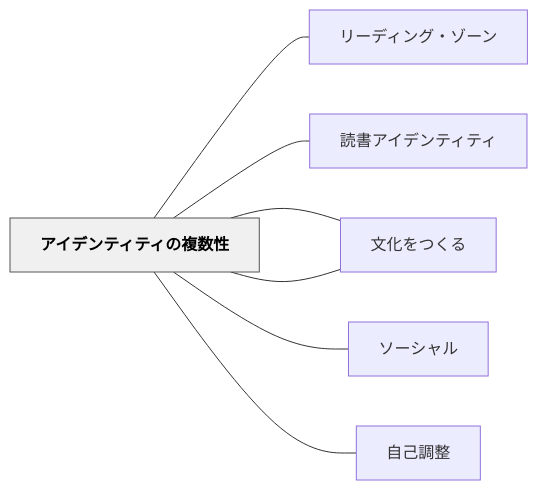
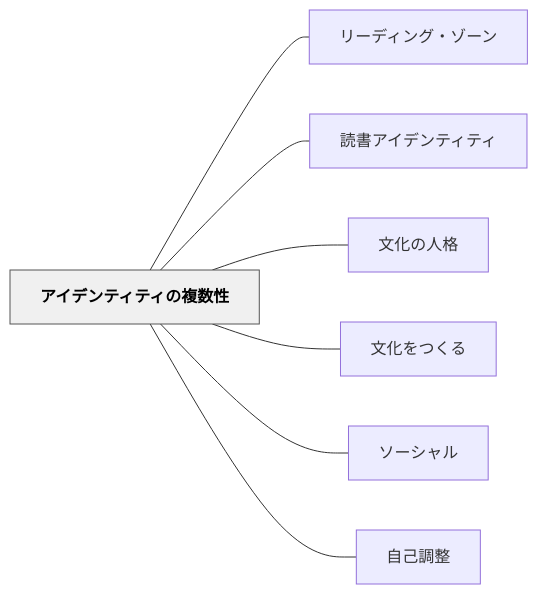
Before and after one commit to unknownthings-ed-patterns/unknownthings-ed-patterns: the diagram in content/パタン/アイデンティティの複数性.md, drawn with Mermaid. The commit also changed 527 other files, not shown here.

````diff
--- a/content/パタン/アイデンティティの複数性.md
+++ b/content/パタン/アイデンティティの複数性.md
@@ -53,20 +53,20 @@
 ```mermaid
 flowchart LR
-    ne382a2e382a4["アイデンティティの複数性"]
-    ne383aae383bc["リーディング・ゾーン"]
-    ne8aaade69bb8["読書アイデンティティ"]
-    ne69687e58c96["文化の人格"]
-    ne69687e58c96["文化をつくる"]
-    ne382bde383bc["ソーシャル"]
-    ne887aae5b7b1["自己調整"]
+    ne382a2e382a4e38387e383b3e38386e382a3e38386e382a3e381aee8a487e695b0e680a7["アイデンティティの複数性"]
+    ne383aae383bce38387e382a3e383b3e382b0e383bbe382bee383bce383b3["リーディング・ゾーン"]
+    ne8aaade69bb8e382a2e382a4e38387e383b3e38386e382a3e38386e382a3["読書アイデンティティ"]
+    ne69687e58c96e381aee4babae6a0bc["文化の人格"]
+    ne69687e58c96e38292e381a4e3818fe3828b["文化をつくる"]
+    ne382bde383bce382b7e383a3e383ab["ソーシャル"]
+    ne887aae5b7b1e8aabfe695b4["自己調整"]
 
-    ne382a2e382a4 --- ne383aae383bc
-    ne382a2e382a4 --- ne8aaade69bb8
-    ne382a2e382a4 --- ne69687e58c96
-    ne382a2e382a4 --- ne69687e58c96
-    ne382a2e382a4 --- ne382bde383bc
-    ne382a2e382a4 --- ne887aae5b7b1
+    ne382a2e382a4e38387e383b3e38386e382a3e38386e382a3e381aee8a487e695b0e680a7 --- ne383aae383bce38387e382a3e383b3e382b0e383bbe382bee383bce383b3
+    ne382a2e382a4e38387e383b3e38386e382a3e38386e382a3e381aee8a487e695b0e680a7 --- ne8aaade69bb8e382a2e382a4e38387e383b3e38386e382a3e38386e382a3
+    ne382a2e382a4e38387e383b3e38386e382a3e38386e382a3e381aee8a487e695b0e680a7 --- ne69687e58c96e381aee4babae6a0bc
+    ne382a2e382a4e38387e383b3e38386e382a3e38386e382a3e381aee8a487e695b0e680a7 --- ne69687e58c96e38292e381a4e3818fe3828b
+    ne382a2e382a4e38387e383b3e38386e382a3e38386e382a3e381aee8a487e695b0e680a7 --- ne382bde383bce382b7e383a3e383ab
+    ne382a2e382a4e38387e383b3e38386e382a3e38386e382a3e381aee8a487e695b0e680a7 --- ne887aae5b7b1e8aabfe695b4
 
     classDef hub fill:#f0f0f0,stroke:#555,color:#000,font-weight:bold
-    class ne382a2e382a4 hub
+    class ne382a2e382a4e38387e383b3e38386e382a3e38386e382a3e381aee8a487e695b0e680a7 hub
 ```
````
